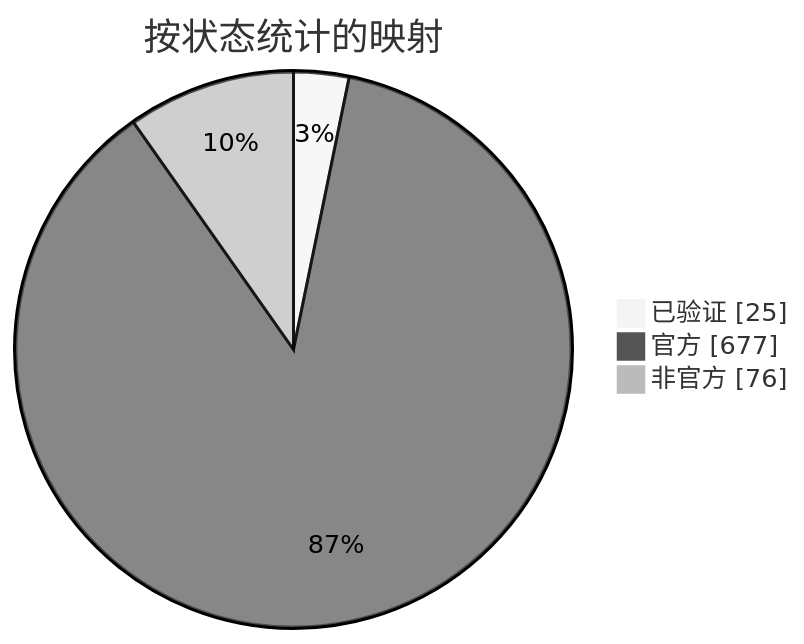
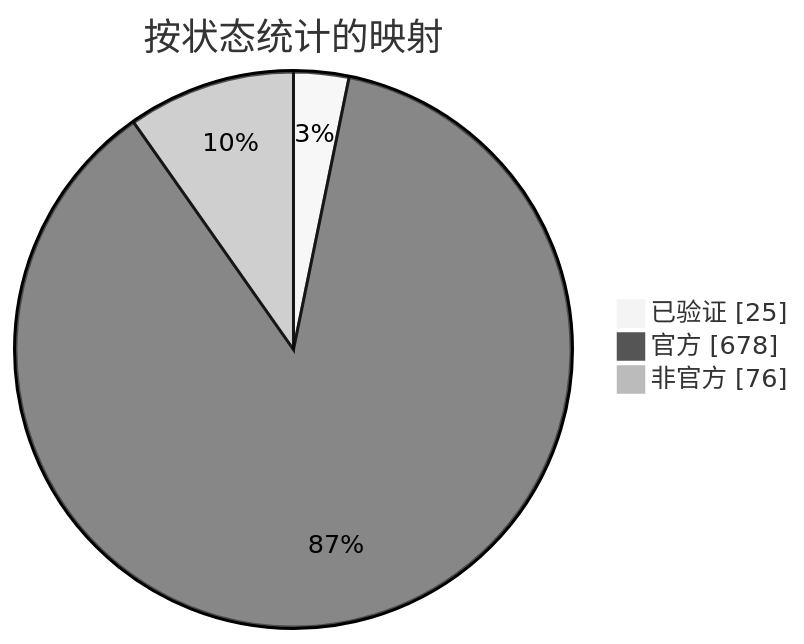
One commit to nobrega8/mbmap-library changed the diagram in docs/readme/README_ZHS.md. Above: the diagram before and after it, drawn with Mermaid (neutral theme). The commit also changed 6 other files, not shown here.

````diff
--- a/docs/readme/README_ZHS.md
+++ b/docs/readme/README_ZHS.md
@@ -54,7 +54,7 @@
 ```mermaid
 pie showData
     title 按状态统计的映射
     "已验证" : 25
-    "官方" : 677
+    "官方" : 678
     "非官方" : 76
 ```
````
